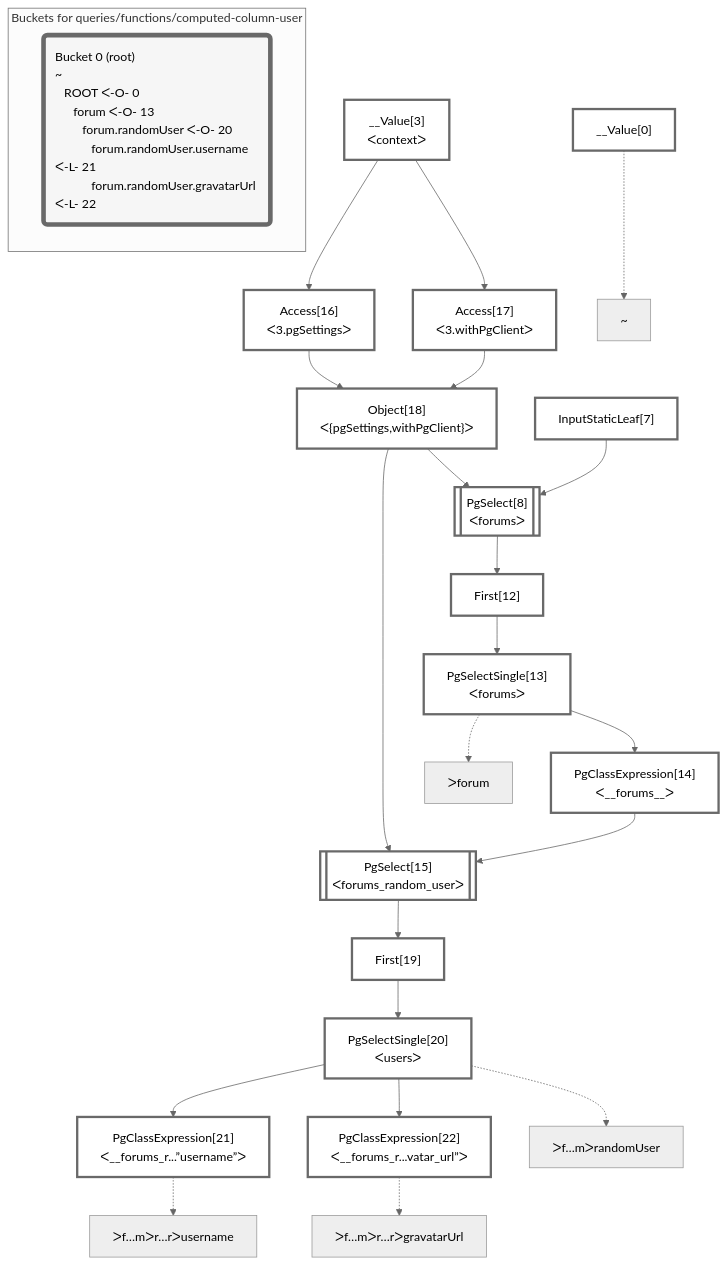
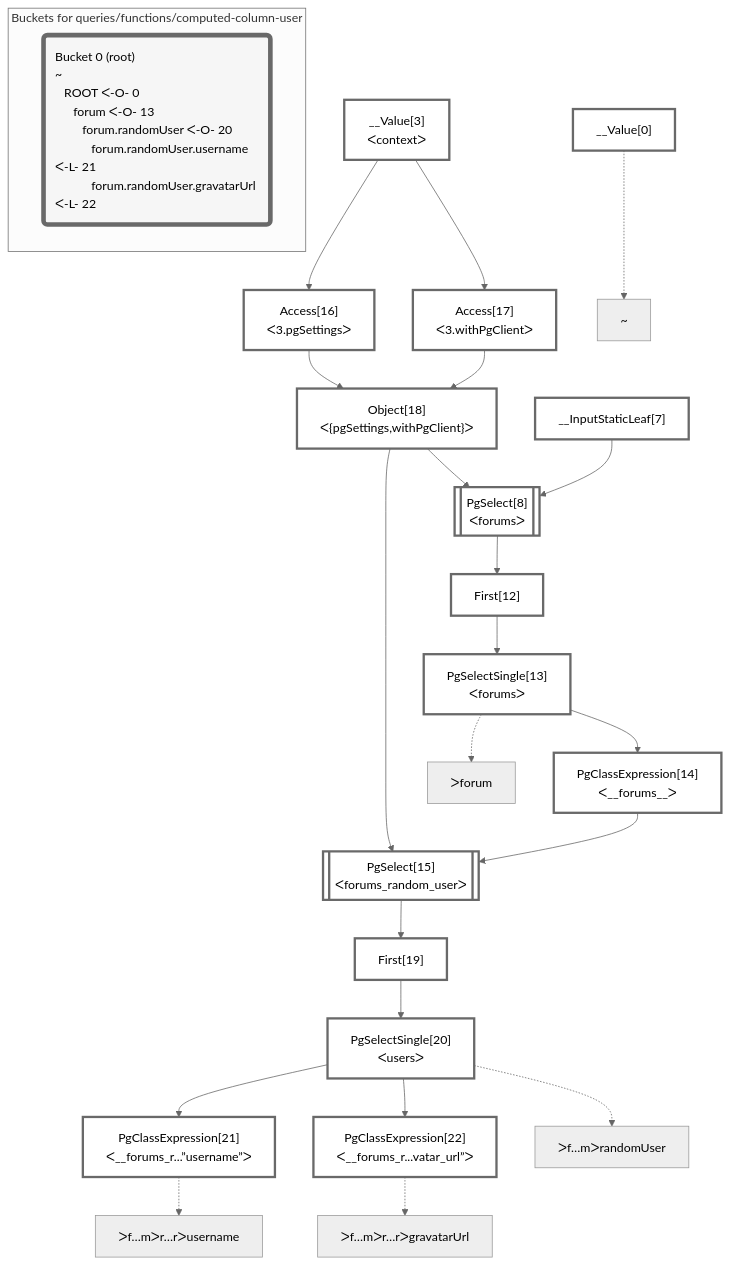
Before and after one commit to graphile/crystal: the diagram in packages/dataplan-pg/__tests__/queries/functions/computed-column-user.deopt.mermaid.md, drawn with Mermaid (neutral theme). The commit also changed 79 other files, not shown here.

````diff
--- a/packages/dataplan-pg/__tests__/queries/functions/computed-column-user.deopt.mermaid.md
+++ b/packages/dataplan-pg/__tests__/queries/functions/computed-column-user.deopt.mermaid.md
@@ -1,58 +1,58 @@
 ```mermaid
 graph TD
     classDef path fill:#eee,stroke:#000,color:#000
     classDef plan fill:#fff,stroke-width:3px,color:#000
     classDef itemplan fill:#fff,stroke-width:6px,color:#000
     classDef sideeffectplan fill:#f00,stroke-width:6px,color:#000
     classDef bucket fill:#f6f6f6,color:#000,stroke-width:6px,text-align:left
 
 
     %% define plans
     __Value0["__Value[0]"]:::plan
     PgClassExpression21["PgClassExpression[21]<br />ᐸ__forums_r...”username”ᐳ"]:::plan
     PgClassExpression22["PgClassExpression[22]<br />ᐸ__forums_r...vatar_url”ᐳ"]:::plan
     PgSelectSingle20["PgSelectSingle[20]<br />ᐸusersᐳ"]:::plan
     First19["First[19]"]:::plan
     PgSelect15[["PgSelect[15]<br />ᐸforums_random_userᐳ"]]:::plan
     PgClassExpression14["PgClassExpression[14]<br />ᐸ__forums__ᐳ"]:::plan
     PgSelectSingle13["PgSelectSingle[13]<br />ᐸforumsᐳ"]:::plan
     First12["First[12]"]:::plan
     PgSelect8[["PgSelect[8]<br />ᐸforumsᐳ"]]:::plan
     Object18["Object[18]<br />ᐸ{pgSettings,withPgClient}ᐳ"]:::plan
     Access16["Access[16]<br />ᐸ3.pgSettingsᐳ"]:::plan
     Access17["Access[17]<br />ᐸ3.withPgClientᐳ"]:::plan
     __Value3["__Value[3]<br />ᐸcontextᐳ"]:::plan
-    InputStaticLeaf7["InputStaticLeaf[7]"]:::plan
+    __InputStaticLeaf7["__InputStaticLeaf[7]"]:::plan
 
     %% plan dependencies
     PgSelectSingle20 --> PgClassExpression21
     PgSelectSingle20 --> PgClassExpression22
     First19 --> PgSelectSingle20
     PgSelect15 --> First19
     Object18 & PgClassExpression14 --> PgSelect15
     PgSelectSingle13 --> PgClassExpression14
     First12 --> PgSelectSingle13
     PgSelect8 --> First12
-    Object18 & InputStaticLeaf7 --> PgSelect8
+    Object18 & __InputStaticLeaf7 --> PgSelect8
     Access16 & Access17 --> Object18
     __Value3 --> Access16
     __Value3 --> Access17
 
     %% plan-to-path relationships
     P0["~"]
     __Value0 -.-> P0
     P13["ᐳforum"]
     PgSelectSingle13 -.-> P13
     P20["ᐳf…mᐳrandomUser"]
     PgSelectSingle20 -.-> P20
     P21["ᐳf…mᐳr…rᐳusername"]
     PgClassExpression21 -.-> P21
     P22["ᐳf…mᐳr…rᐳgravatarUrl"]
     PgClassExpression22 -.-> P22
 
     subgraph "Buckets for queries/functions/computed-column-user"
     Bucket0("Bucket 0 (root)<br />~<br />⠀ROOT ᐸ-O- 0<br />⠀⠀forum ᐸ-O- 13<br />⠀⠀⠀forum.randomUser ᐸ-O- 20<br />⠀⠀⠀⠀forum.randomUser.username ᐸ-L- 21<br />⠀⠀⠀⠀forum.randomUser.gravatarUrl ᐸ-L- 22"):::bucket
     classDef bucket0 stroke:#696969
-    class Bucket0,__Value0,__Value3,InputStaticLeaf7,PgSelect8,First12,PgSelectSingle13,PgClassExpression14,PgSelect15,Access16,Access17,Object18,First19,PgSelectSingle20,PgClassExpression21,PgClassExpression22 bucket0
+    class Bucket0,__Value0,__Value3,__InputStaticLeaf7,PgSelect8,First12,PgSelectSingle13,PgClassExpression14,PgSelect15,Access16,Access17,Object18,First19,PgSelectSingle20,PgClassExpression21,PgClassExpression22 bucket0
     end
 ```
````
